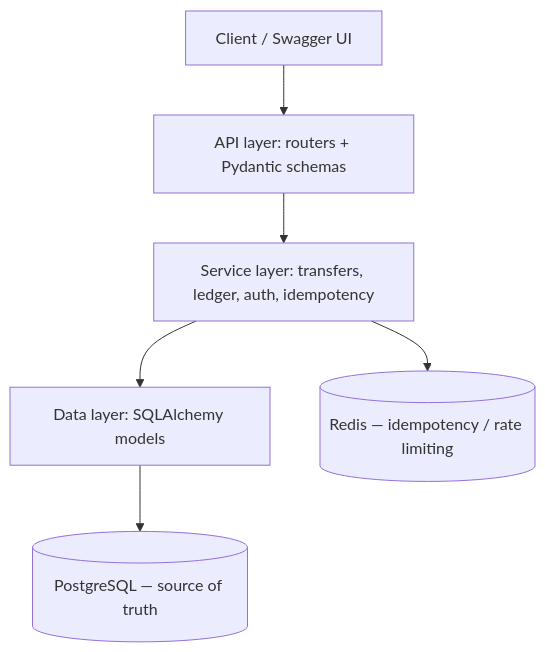
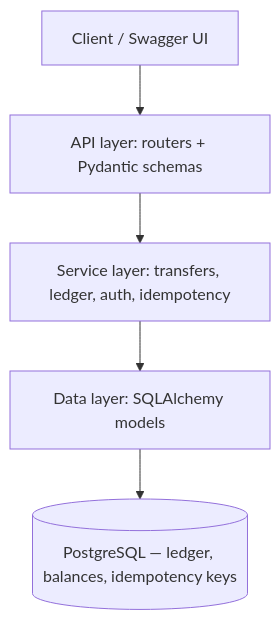
One commit to gabryelvs/payledger changed the first of 2 diagrams in docs/architecture.md. Above: the diagram before and after it, drawn with Mermaid. The commit also changed other lines of this file and 7 other files, not shown here.

````diff
--- a/docs/architecture.md
+++ b/docs/architecture.md
@@ -8,8 +8,7 @@
 ```mermaid
 flowchart TD
     Client[Client / Swagger UI] --> API[API layer: routers + Pydantic schemas]
     API --> SVC[Service layer: transfers, ledger, auth, idempotency]
     SVC --> REPO[Data layer: SQLAlchemy models]
-    REPO --> PG[(PostgreSQL — source of truth)]
-    SVC --> RD[(Redis — idempotency / rate limiting)]
+    REPO --> PG[(PostgreSQL — ledger, balances, idempotency keys)]
 ```
````
